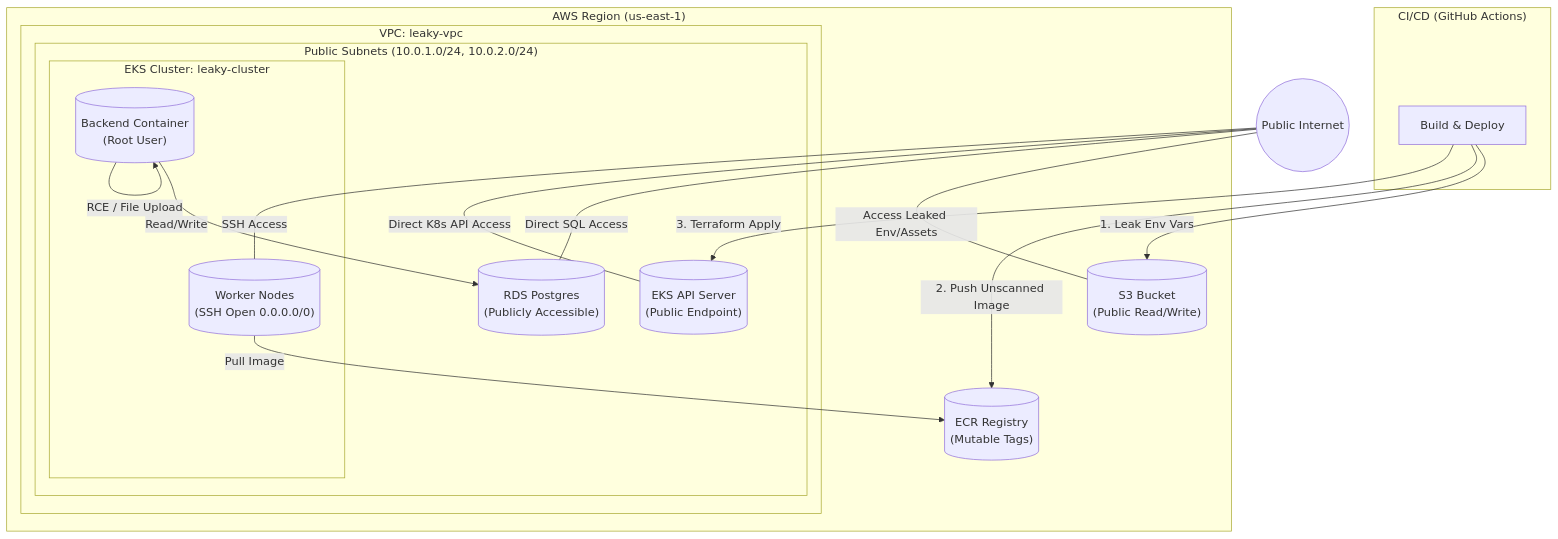
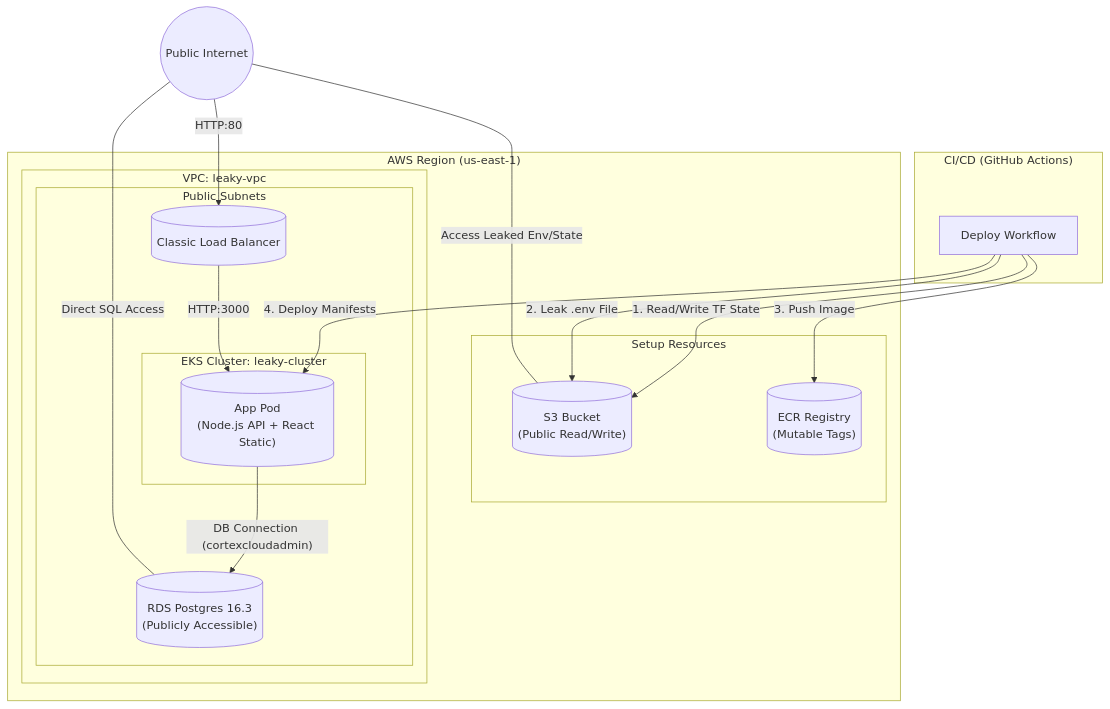
Before and after one commit to Cortex-Cloud-Lab/leakyshop: the first of 2 diagrams in README.md, drawn with Mermaid. The commit also changed other lines of this file, not shown here.

````diff
--- a/README.md
+++ b/README.md
@@ -19,42 +19,42 @@
 ```mermaid
 graph TD
     Internet((Public Internet))
     
     subgraph "CI/CD (GitHub Actions)"
-        Pipeline[Build & Deploy]
+        Pipeline[Deploy Workflow]
     end
 
     subgraph "AWS Region (us-east-1)"
-        ECR[("ECR Registry\n(Mutable Tags)")]
+        subgraph "Setup Resources"
+            S3[("S3 Bucket\n(Public Read/Write)")]
+            ECR[("ECR Registry\n(Mutable Tags)")]
+        end
         
         subgraph "VPC: leaky-vpc"
-            subgraph "Public Subnets (10.0.1.0/24, 10.0.2.0/24)"
-                EKS_API[("EKS API Server\n(Public Endpoint)")]
+            subgraph "Public Subnets"
+                LB[("Classic Load Balancer")]
                 
                 subgraph "EKS Cluster: leaky-cluster"
-                    Node[("Worker Nodes\n(SSH Open 0.0.0.0/0)")]
-                    Pod[("Backend Container\n(Root User)")]
+                    Pod[("App Pod\n(Node.js API + React Static)")]
                 end
                 
-                RDS[("RDS Postgres\n(Publicly Accessible)")]
+                RDS[("RDS Postgres 16.3\n(Publicly Accessible)")]
             end
         end
-        
-        S3[("S3 Bucket\n(Public Read/Write)")]
     end
 
-    %% Flows
-    Pipeline -- "1. Leak Env Vars" --> S3
-    Pipeline -- "2. Push Unscanned Image" --> ECR
-    Pipeline -- "3. Terraform Apply" --> EKS_API
-    
-    Node -- "Pull Image" --> ECR
-    Pod -- "Read/Write" --> RDS
-    Pod -- "RCE / File Upload" --> Pod
+    %% CI/CD Flows
+    Pipeline -- "1. Read/Write TF State" --> S3
+    Pipeline -- "2. Leak .env File" --> S3
+    Pipeline -- "3. Push Image" --> ECR
+    Pipeline -- "4. Deploy Manifests" --> Pod
+
+    %% Application Flows
+    Internet -- "HTTP:80" --> LB
+    LB -- "HTTP:3000" --> Pod
+    Pod -- "DB Connection (cortexcloudadmin)" --> RDS
     
     %% Vulnerabilities
     Internet -- "Direct SQL Access" --- RDS
-    Internet -- "Direct K8s API Access" --- EKS_API
-    Internet -- "SSH Access" --- Node
-    Internet -- "Access Leaked Env/Assets" --- S3
+    Internet -- "Access Leaked Env/State" --- S3
 ```
````
